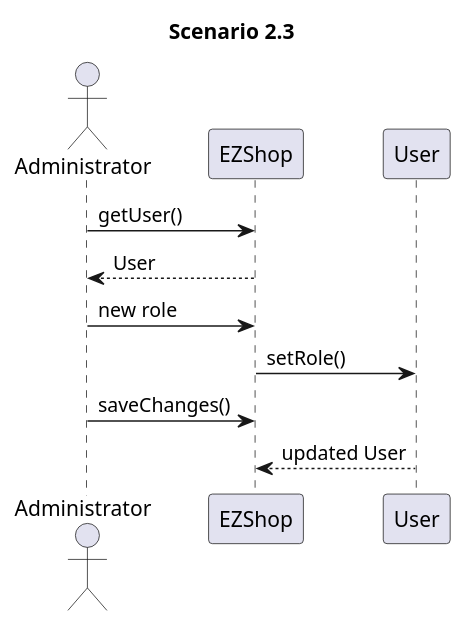
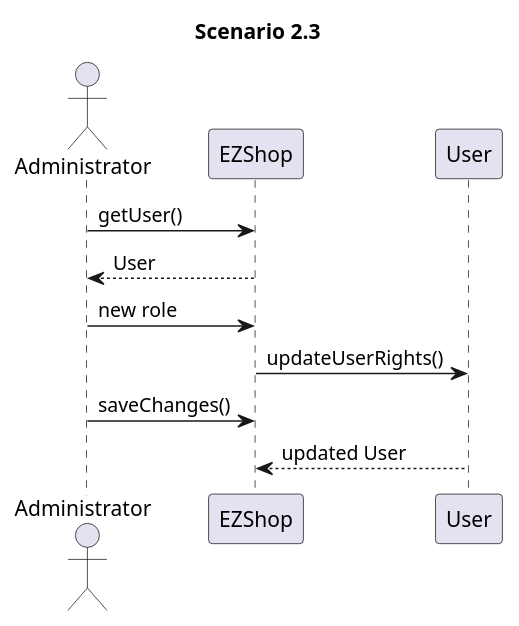
One commit to marco-ballario/EzShop changed the fourth of 8 diagrams in Deliverables/DesignDocument.md. Above: the diagram before and after it, drawn with PlantUML. The commit also changed other lines of this file, not shown here.

Commit message:
docs: update seq. diagram scenario 1.3 and 2.3

````diff
--- a/Deliverables/DesignDocument.md
+++ b/Deliverables/DesignDocument.md
@@ -272,10 +272,10 @@
 ```plantuml
 title Scenario 2.3
 actor Administrator
 Administrator-> EZShop : getUser()
 EZShop --> Administrator: User
 Administrator -> EZShop : new role
-EZShop -> User: setRole()
+EZShop -> User: updateUserRights()
 Administrator-> EZShop : saveChanges()
 User--> EZShop : updated User
 ```
````
